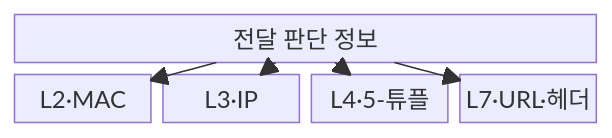
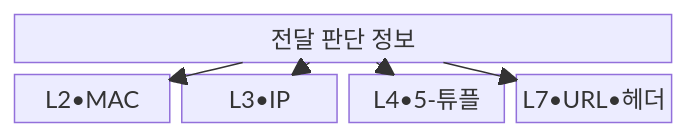
The first of 2 diagrams in src/content/docs/notes/04-network/018_network_switches.md (agnusdei1207/knowledge-base), drawn with Mermaid before and after one commit. The commit also changed other lines of this file and 953 other files, not shown here.

````diff
--- a/src/content/docs/notes/04-network/018_network_switches.md
+++ b/src/content/docs/notes/04-network/018_network_switches.md
@@ -67,13 +67,13 @@
 ```mermaid
 block-beta
     columns 4
     INFO["전달 판단 정보"]:4
-    L2["L2·MAC"]
-    L3["L3·IP"]
-    L4["L4·5-튜플"]
-    L7["L7·URL·헤더"]
+    L2["L2•MAC"]
+    L3["L3•IP"]
+    L4["L4•5-튜플"]
+    L7["L7•URL•헤더"]
     INFO --> L2
     INFO --> L3
     INFO --> L4
     INFO --> L7
 ```
````
